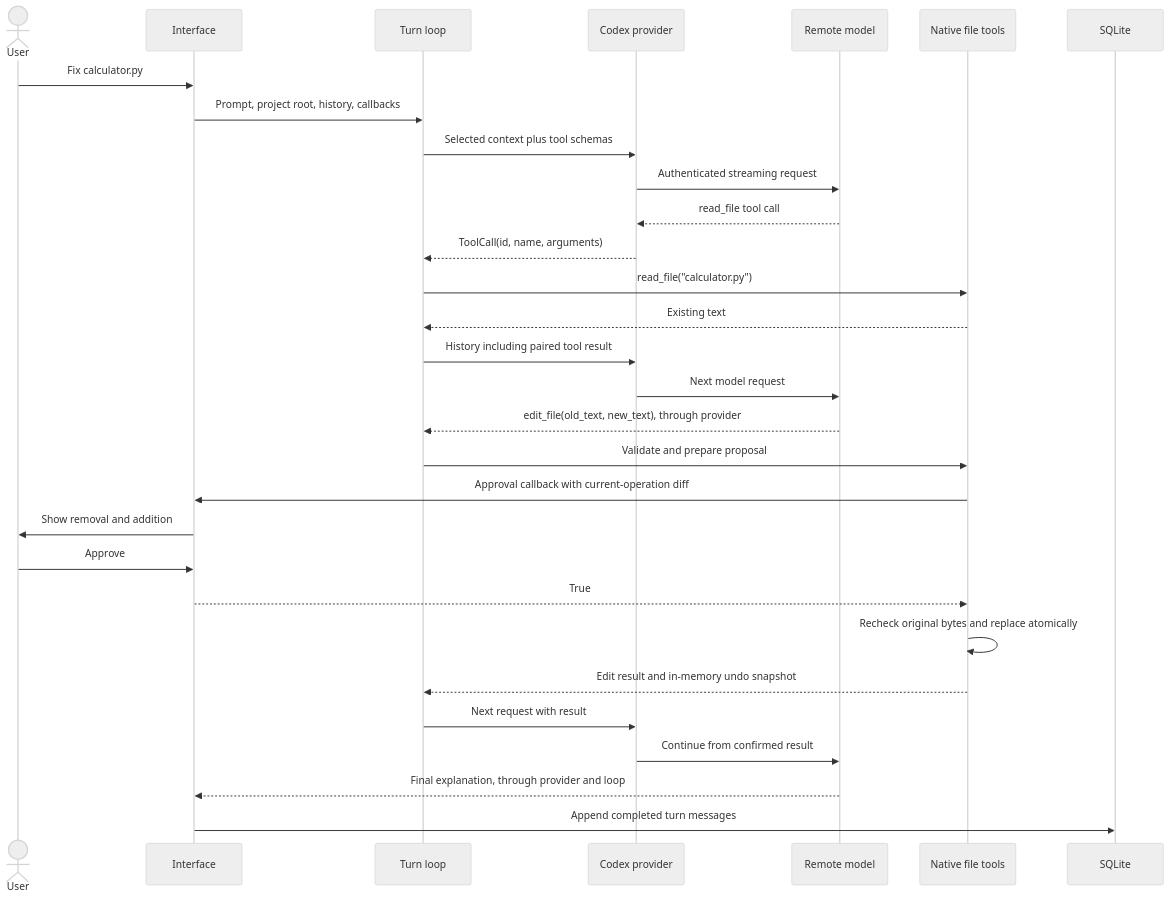
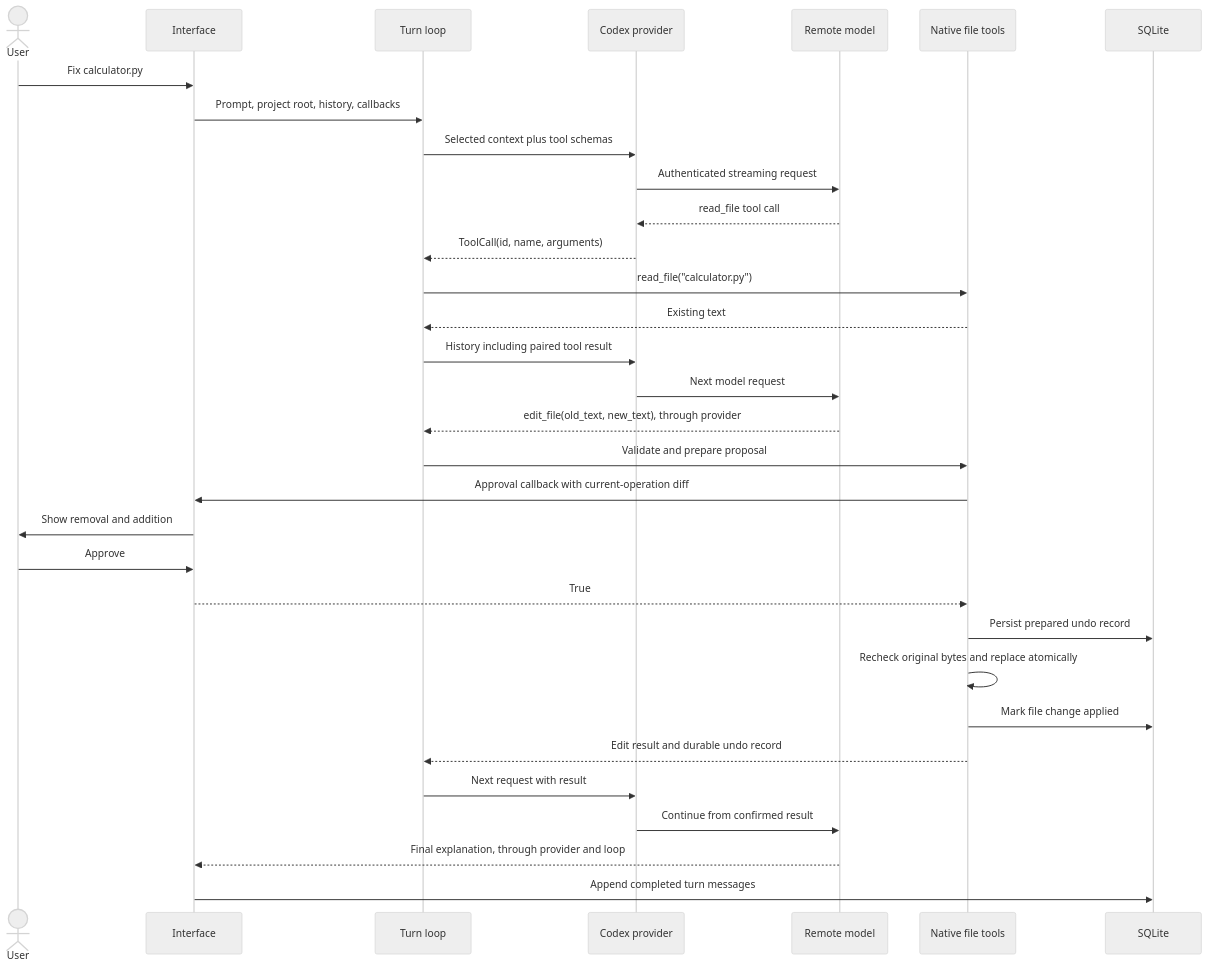
The third of 4 diagrams in src/docs/architecture.md (MetalCloth/mini-hermes), drawn with Mermaid (neutral theme) before and after one commit. The commit also changed other lines of this file and 35 other files, not shown here.

````diff
--- a/src/docs/architecture.md
+++ b/src/docs/architecture.md
@@ -99,32 +99,34 @@
 ```mermaid
 sequenceDiagram
     actor U as User
     participant UI as Interface
     participant H as Turn loop
     participant P as Codex provider
     participant L as Remote model
     participant F as Native file tools
     participant DB as SQLite
     U->>UI: Fix calculator.py
     UI->>H: Prompt, project root, history, callbacks
     H->>P: Selected context plus tool schemas
     P->>L: Authenticated streaming request
     L-->>P: read_file tool call
     P-->>H: ToolCall(id, name, arguments)
     H->>F: read_file("calculator.py")
     F-->>H: Existing text
     H->>P: History including paired tool result
     P->>L: Next model request
     L-->>H: edit_file(old_text, new_text), through provider
     H->>F: Validate and prepare proposal
     F->>UI: Approval callback with current-operation diff
     UI->>U: Show removal and addition
     U->>UI: Approve
     UI-->>F: True
+    F->>DB: Persist prepared undo record
     F->>F: Recheck original bytes and replace atomically
-    F-->>H: Edit result and in-memory undo snapshot
+    F->>DB: Mark file change applied
+    F-->>H: Edit result and durable undo record
     H->>P: Next request with result
     P->>L: Continue from confirmed result
     L-->>UI: Final explanation, through provider and loop
     UI->>DB: Append completed turn messages
 ```
````
